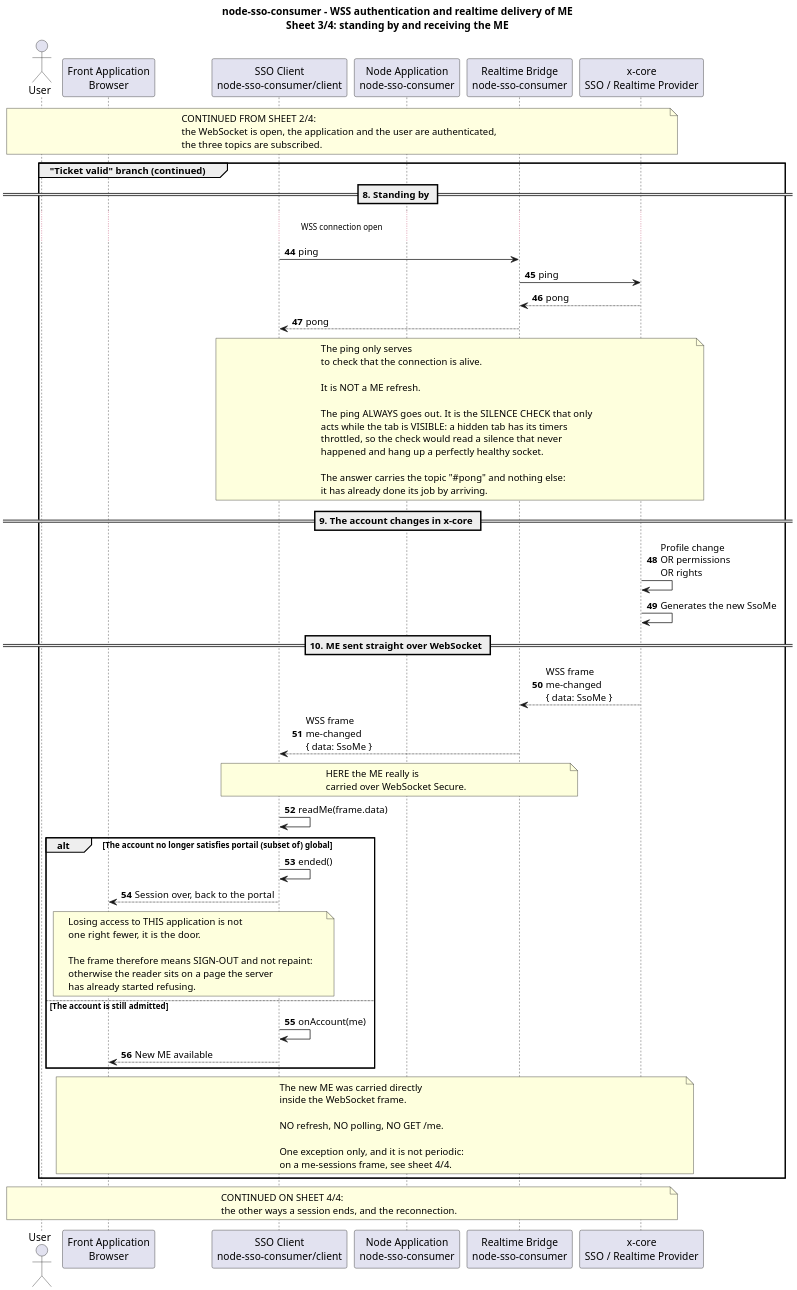
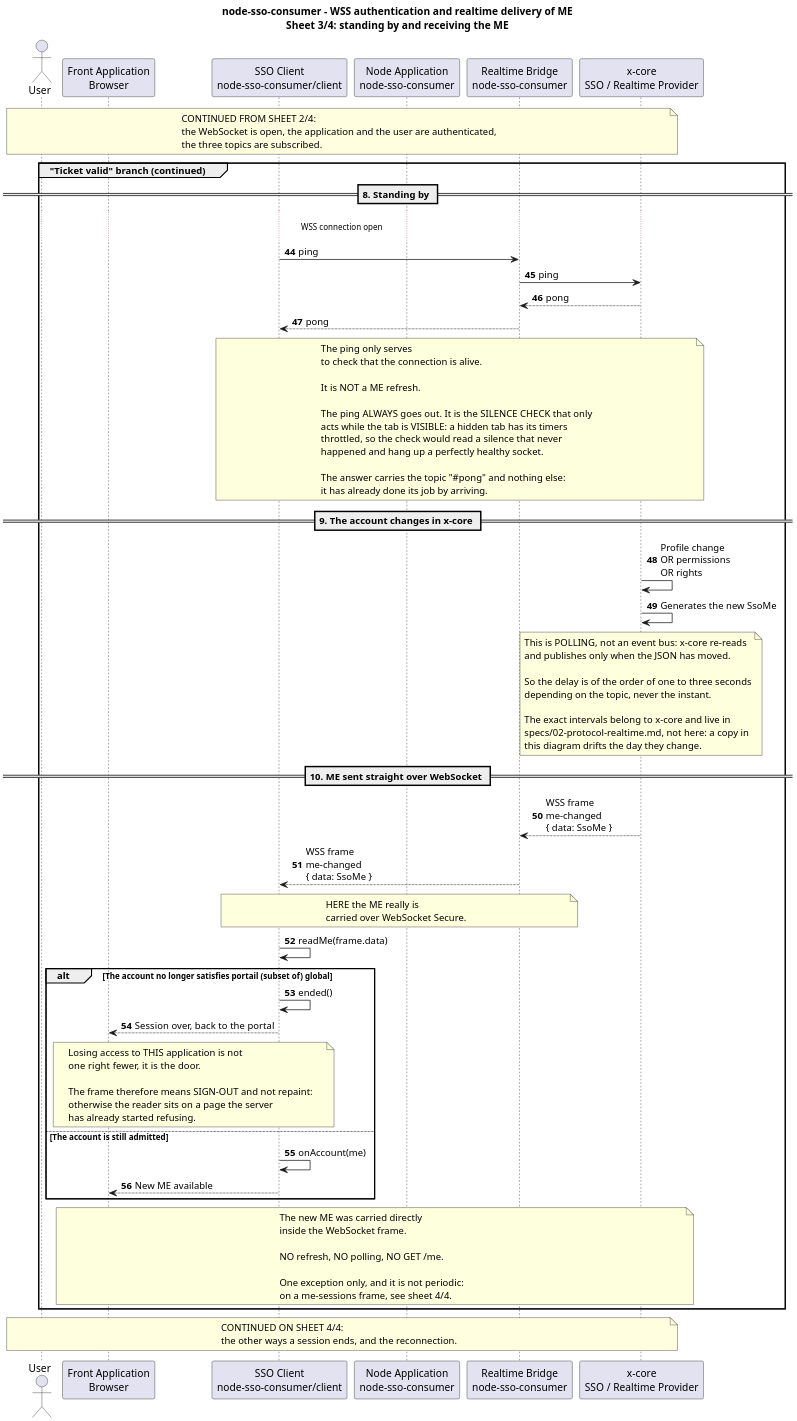
The diagram in docs/diagrams/en/sequence-diagram-3.puml (padcmoi/node-sso-consumer), drawn with PlantUML before and after one commit. The commit also changed 7 other files, not shown here.

First line of the commit message:
fix(docs): give the real polling intervals, and say the transport is a poller

```diff
--- a/docs/diagrams/en/sequence-diagram-3.puml
+++ b/docs/diagrams/en/sequence-diagram-3.puml
@@ -1,111 +1,123 @@
 @startuml sequence-diagram-3
 
 ' Sheet 3/4 - A4 portrait. See sequence-diagram.puml for the whole diagram.
 skinparam dpi 200
 scale max 1500*2150
 
 title node-sso-consumer - WSS authentication and realtime delivery of ME\nSheet 3/4: standing by and receiving the ME
 
 autonumber 44
 
 actor "User" as User
 
 participant "Front Application\nBrowser" as Browser
 participant "SSO Client\nnode-sso-consumer/client" as Client
 participant "Node Application\nnode-sso-consumer" as App
 participant "Realtime Bridge\nnode-sso-consumer" as Bridge
 participant "x-core\nSSO / Realtime Provider" as XCore
 
 
 note over User, XCore #LightYellow
 CONTINUED FROM SHEET 2/4:
 the WebSocket is open, the application and the user are authenticated,
 the three topics are subscribed.
 end note
 
 
 group "Ticket valid" branch (continued)
 
     == 8. Standing by ==
 
     ... WSS connection open ...
 
     Client -> Bridge : ping
     Bridge -> XCore : ping
     XCore --> Bridge : pong
     Bridge --> Client : pong
 
     note over Client, XCore
     The ping only serves
     to check that the connection is alive.
 
     It is NOT a ME refresh.
 
     The ping ALWAYS goes out. It is the SILENCE CHECK that only
     acts while the tab is VISIBLE: a hidden tab has its timers
     throttled, so the check would read a silence that never
     happened and hang up a perfectly healthy socket.
 
     The answer carries the topic "#pong" and nothing else:
     it has already done its job by arriving.
     end note
 
 
     == 9. The account changes in x-core ==
 
     XCore -> XCore : Profile change\nOR permissions\nOR rights
 
     XCore -> XCore : Generates the new SsoMe
 
+    note over XCore
+    This is POLLING, not an event bus: x-core re-reads
+    and publishes only when the JSON has moved.
+
+    So the delay is of the order of one to three seconds
+    depending on the topic, never the instant.
+
+    The exact intervals belong to x-core and live in
+    specs/02-protocol-realtime.md, not here: a copy in
+    this diagram drifts the day they change.
+    end note
+
 
     == 10. ME sent straight over WebSocket ==
 
     XCore --> Bridge : WSS frame\nme-changed\n{ data: SsoMe }
 
     Bridge --> Client : WSS frame\nme-changed\n{ data: SsoMe }
 
     note over Bridge, Client
     HERE the ME really is
     carried over WebSocket Secure.
     end note
 
     Client -> Client : readMe(frame.data)
 
     alt The account no longer satisfies portail (subset of) global
         Client -> Client : ended()
         Client --> Browser : Session over, back to the portal
 
         note over Client, Browser
         Losing access to THIS application is not
         one right fewer, it is the door.
 
         The frame therefore means SIGN-OUT and not repaint:
         otherwise the reader sits on a page the server
         has already started refusing.
         end note
 
     else The account is still admitted
         Client -> Client : onAccount(me)
         Client --> Browser : New ME available
     end
 
 
     note over Browser, XCore
     The new ME was carried directly
     inside the WebSocket frame.
 
     NO refresh, NO polling, NO GET /me.
 
     One exception only, and it is not periodic:
     on a me-sessions frame, see sheet 4/4.
     end note
 
 end
 
 
 note over User, XCore #LightYellow
 CONTINUED ON SHEET 4/4:
 the other ways a session ends, and the reconnection.
 end note
 
 @enduml
```
